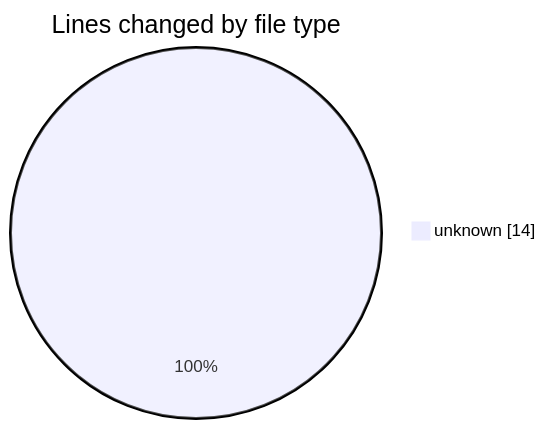
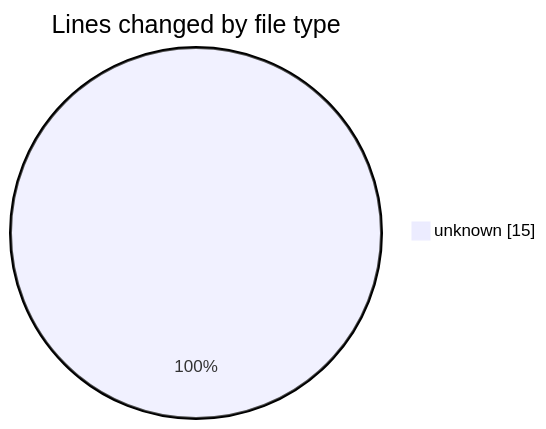
Before and after one commit to nxtqubesakshisongat/code-tracking: the first of 2 diagrams in 2025-10-11/accounting-master/README.md, drawn with Mermaid. The commit also changed other lines of this file and 1 other file, not shown here.

````diff
--- a/2025-10-11/accounting-master/README.md
+++ b/2025-10-11/accounting-master/README.md
@@ -21,5 +21,5 @@
 ```mermaid
 pie showData
 title Lines changed by file type
-"unknown" : 14
+"unknown" : 15
 ```
````
